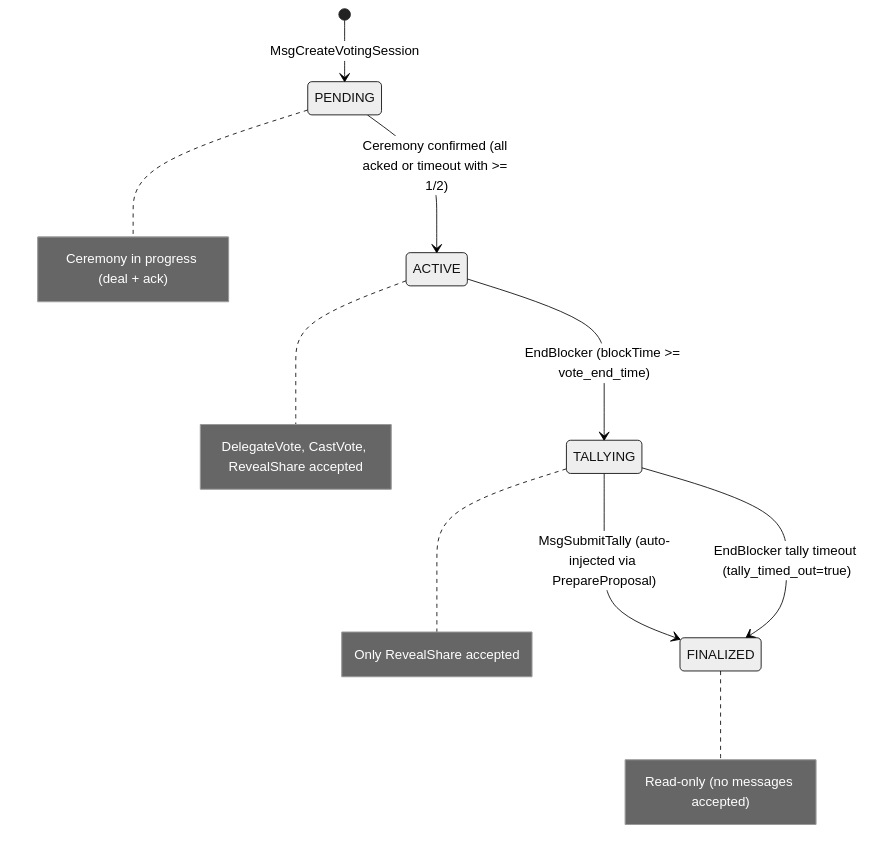
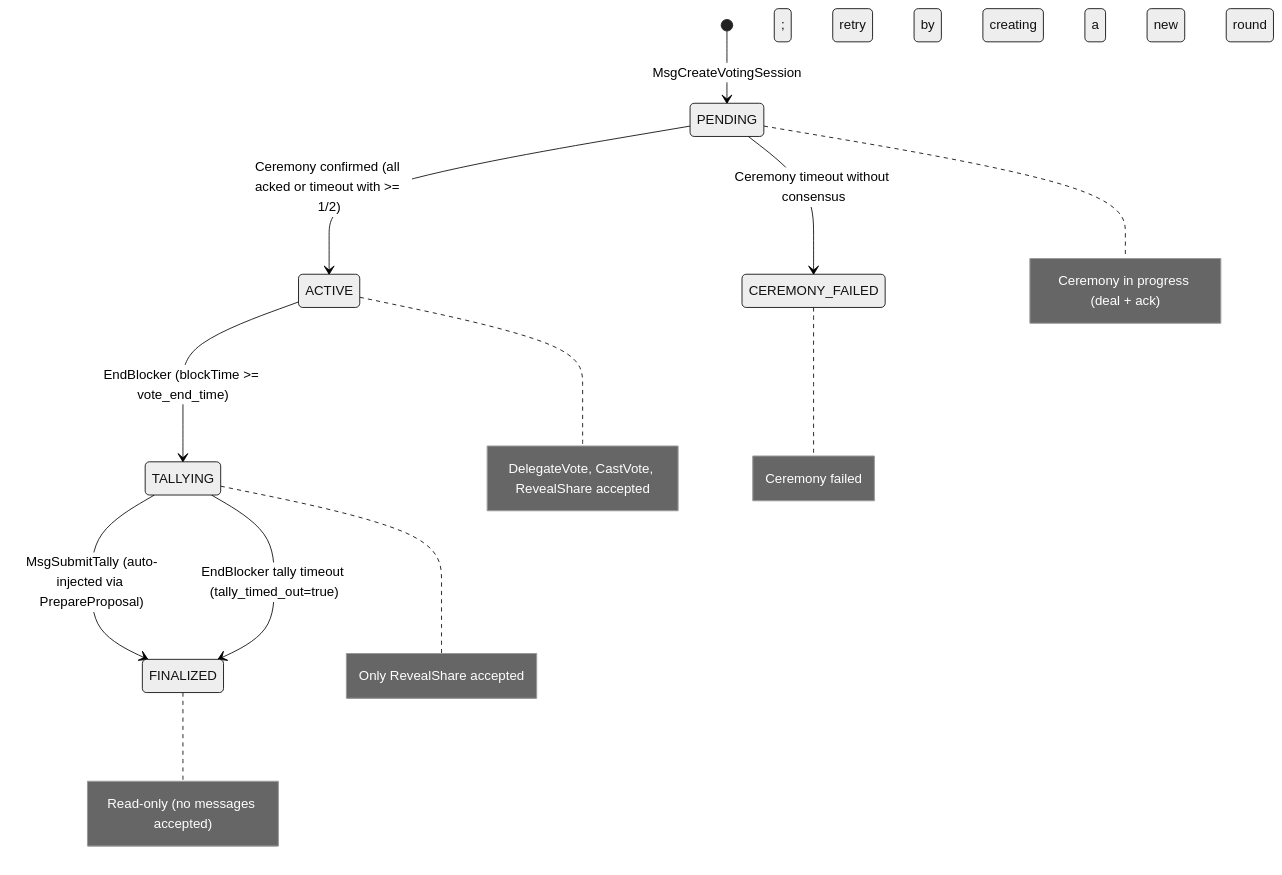
The diagram in docs/session-status-lifecycle.md (valargroup/vote-sdk), drawn with Mermaid (neutral theme) before and after one commit. The commit also changed other lines of this file and 11 other files, not shown here.

First line of the commit message:
Add ceremony failed status for timed out rounds

````diff
--- a/docs/session-status-lifecycle.md
+++ b/docs/session-status-lifecycle.md
@@ -7,13 +7,15 @@
 ```mermaid
 stateDiagram-v2
     [*] --> PENDING: MsgCreateVotingSession
     PENDING --> ACTIVE: Ceremony confirmed (all acked or timeout with >= 1/2)
     ACTIVE --> TALLYING: EndBlocker (blockTime >= vote_end_time)
     TALLYING --> FINALIZED: MsgSubmitTally (auto-injected via PrepareProposal)
     TALLYING --> FINALIZED: EndBlocker tally timeout (tally_timed_out=true)
+    PENDING --> CEREMONY_FAILED: Ceremony timeout without consensus
 
     note right of PENDING: Ceremony in progress (deal + ack)
     note right of ACTIVE: DelegateVote, CastVote, RevealShare accepted
     note right of TALLYING: Only RevealShare accepted
     note right of FINALIZED: Read-only (no messages accepted)
+    note right of CEREMONY_FAILED: Ceremony failed; retry by creating a new round
 ```
````
